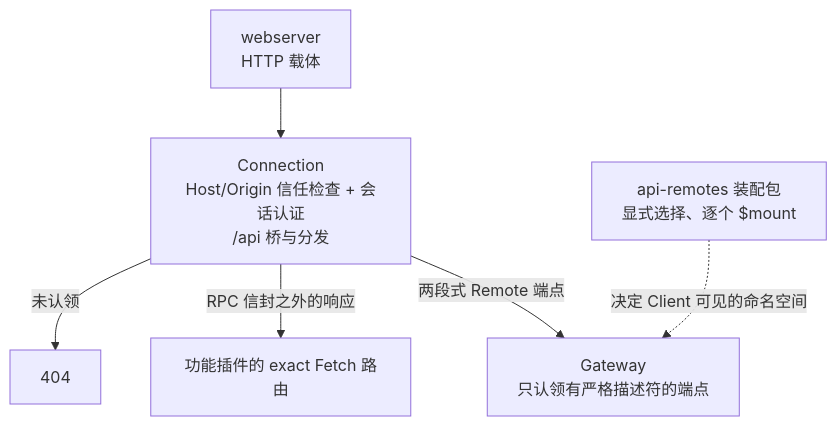
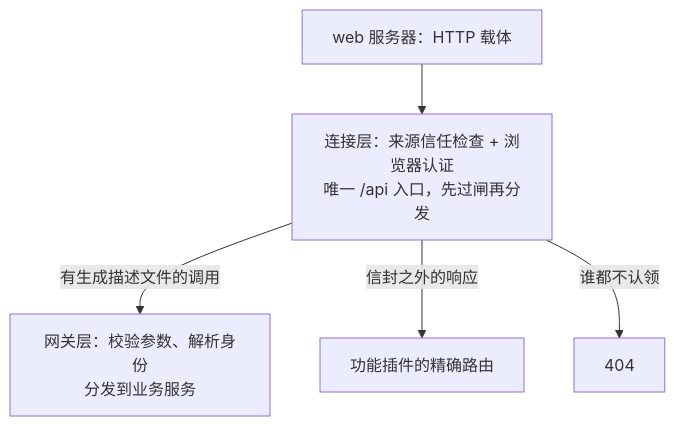
One commit to anthonyzhao-4926/blog changed the first of 4 diagrams in dsh 插件开发学习/15-把 Host 数据展示到界面.md. Above: the diagram before and after it, drawn with Mermaid. The commit also changed other lines of this file and 38 other files, not shown here.

````diff
--- a/dsh 插件开发学习/15-把 Host 数据展示到界面.md
+++ b/dsh 插件开发学习/15-把 Host 数据展示到界面.md
@@ -34,8 +40,7 @@
 ```mermaid
 flowchart TD
-    W["webserver<br/>HTTP 载体"] --> C["Connection<br/>Host/Origin 信任检查 + 会话认证<br/>/api 桥与分发"]
-    C -->|"两段式 Remote 端点"| G["Gateway<br/>只认领有严格描述符的端点"]
-    C -->|"RPC 信封之外的响应"| F["功能插件的 exact Fetch 路由"]
-    C -->|"未认领"| N["404"]
-    R["api-remotes 装配包<br/>显式选择、逐个 $mount"] -.->|"决定 Client 可见的命名空间"| G
+    W["web 服务器：HTTP 载体"] --> C["连接层：来源信任检查 + 浏览器认证<br/>唯一 /api 入口，先过闸再分发"]
+    C -->|"有生成描述文件的调用"| G["网关层：校验参数、解析身份<br/>分发到业务服务"]
+    C -->|"信封之外的响应"| F["功能插件的精确路由"]
+    C -->|"谁都不认领"| N["404"]
 ```
````
